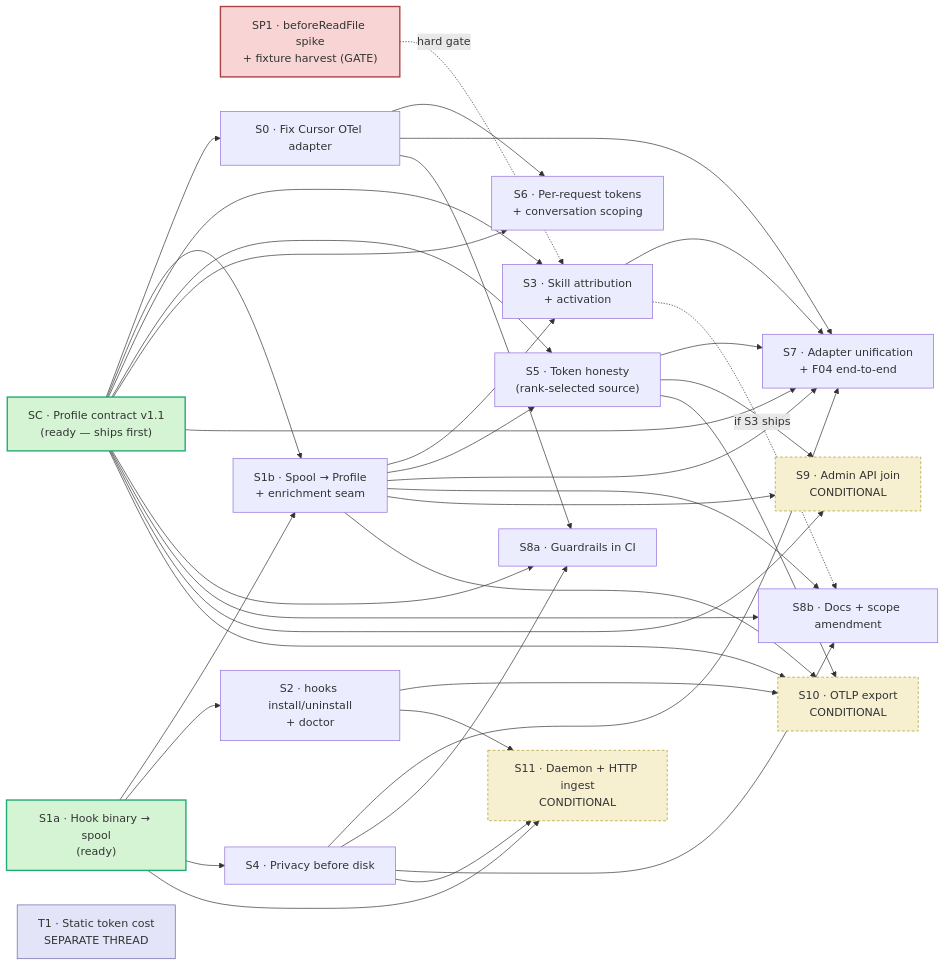
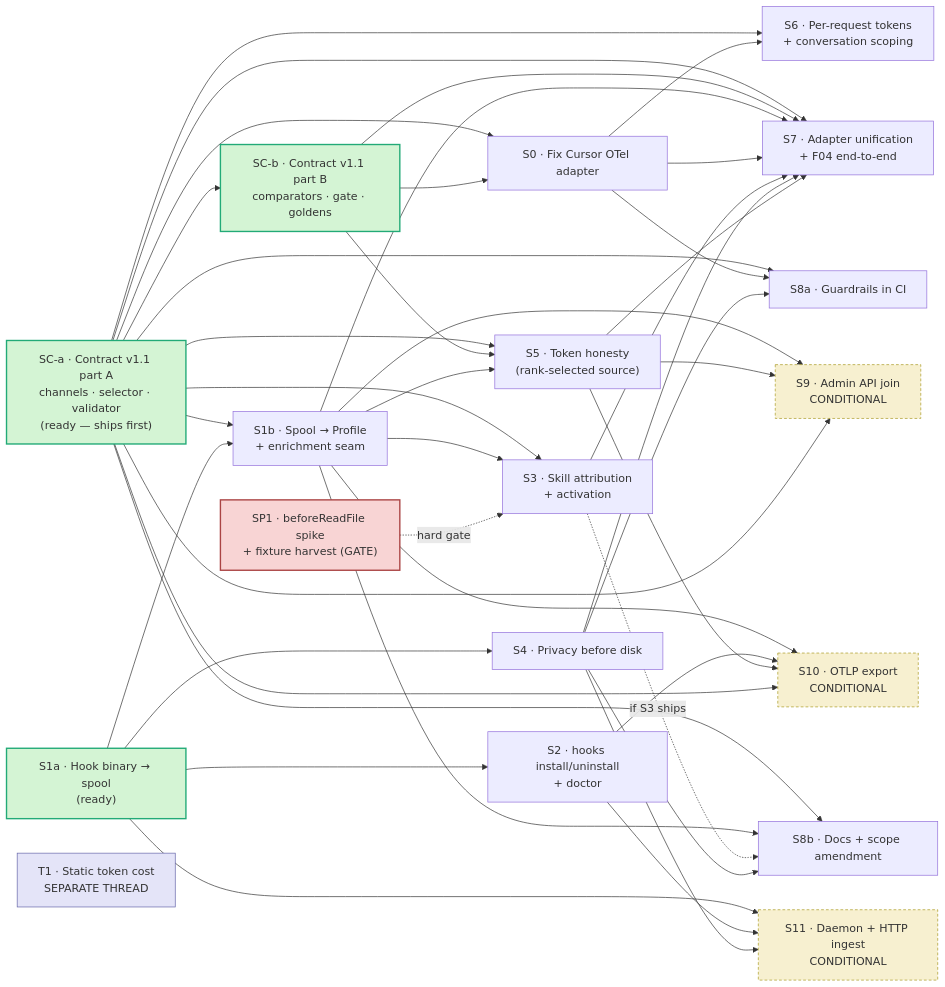
The diagram in .scuba/teams/cursorscope-go/roadmap.md (Okja-Engineering/skill-architect), drawn with Mermaid before and after one commit. The commit also changed other lines of this file and 20 other files, not shown here.

````diff
--- a/.scuba/teams/cursorscope-go/roadmap.md
+++ b/.scuba/teams/cursorscope-go/roadmap.md
@@ -182,65 +198,70 @@
 ```mermaid
 flowchart LR
-  SC["SC · Profile contract v1.1<br/>(ready — ships first)"]
+  SCa["SC-a · Contract v1.1 part A<br/>channels · selector · validator<br/>(ready — ships first)"]
+  SCb["SC-b · Contract v1.1 part B<br/>comparators · gate · goldens"]
   SP1["SP1 · beforeReadFile spike<br/>+ fixture harvest (GATE)"]
   S0["S0 · Fix Cursor OTel adapter"]
   S1a["S1a · Hook binary → spool<br/>(ready)"]
   S1b["S1b · Spool → Profile<br/>+ enrichment seam"]
   S2["S2 · hooks install/uninstall<br/>+ doctor"]
   S3["S3 · Skill attribution<br/>+ activation"]
   S4["S4 · Privacy before disk"]
   S5["S5 · Token honesty<br/>(rank-selected source)"]
   S6["S6 · Per-request tokens<br/>+ conversation scoping"]
   S7["S7 · Adapter unification<br/>+ F04 end-to-end"]
   S8a["S8a · Guardrails in CI"]
   S8b["S8b · Docs + scope amendment"]
   S9["S9 · Admin API join<br/>CONDITIONAL"]
   S10["S10 · OTLP export<br/>CONDITIONAL"]
   S11["S11 · Daemon + HTTP ingest<br/>CONDITIONAL"]
   T1["T1 · Static token cost<br/>SEPARATE THREAD"]
 
-  SC --> S0
-  SC --> S1b
-  SC --> S3
-  SC --> S5
-  SC --> S6
-  SC --> S7
-  SC --> S8a
-  SC --> S8b
+  SCa --> SCb
+  SCa --> S0
+  SCa --> S1b
+  SCa --> S3
+  SCa --> S5
+  SCa --> S6
+  SCa --> S7
+  SCa --> S8a
+  SCa --> S8b
+  SCb --> S0
+  SCb --> S5
+  SCb --> S7
   S1a --> S1b
   S1a --> S2
   S1a --> S4
   S1a --> S11
   S1b --> S3
   S1b --> S5
   S1b --> S7
   S1b --> S8b
   S1b --> S9
   S1b --> S10
   SP1 -.hard gate.-> S3
   S0 --> S6
   S0 --> S7
   S0 --> S8a
   S2 --> S10
   S2 --> S11
   S3 --> S7
   S3 -.if S3 ships.-> S8b
   S4 --> S7
   S4 --> S8a
   S4 --> S8b
   S4 --> S11
   S5 --> S7
   S5 --> S9
   S5 --> S10
-  SC --> S9
-  SC --> S10
+  SCa --> S9
+  SCa --> S10
 
   classDef ready fill:#d4f4d4,stroke:#2a7,stroke-width:2px
   classDef gate fill:#f8d4d4,stroke:#a44,stroke-width:2px
   classDef cond fill:#f7f0d0,stroke:#a92,stroke-dasharray:4 3
   classDef sep fill:#e4e4f8,stroke:#66a
-  class SC,S1a ready
+  class SCa,SCb,S1a ready
   class SP1 gate
   class S9,S10,S11 cond
   class T1 sep
 ```
````
